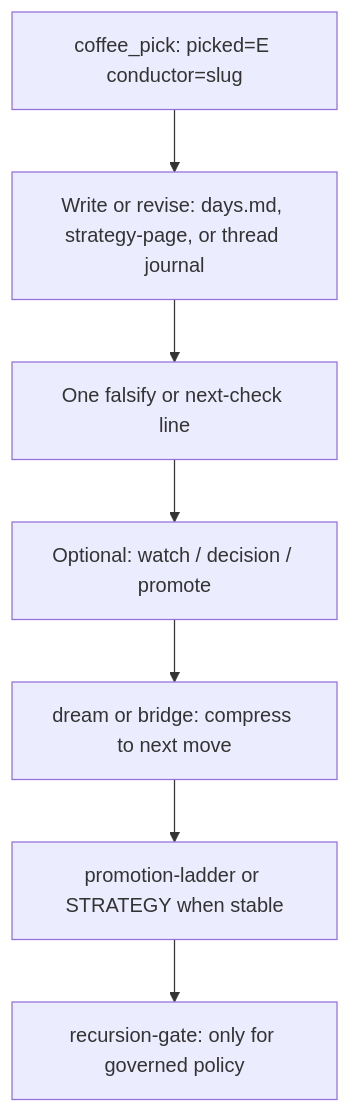
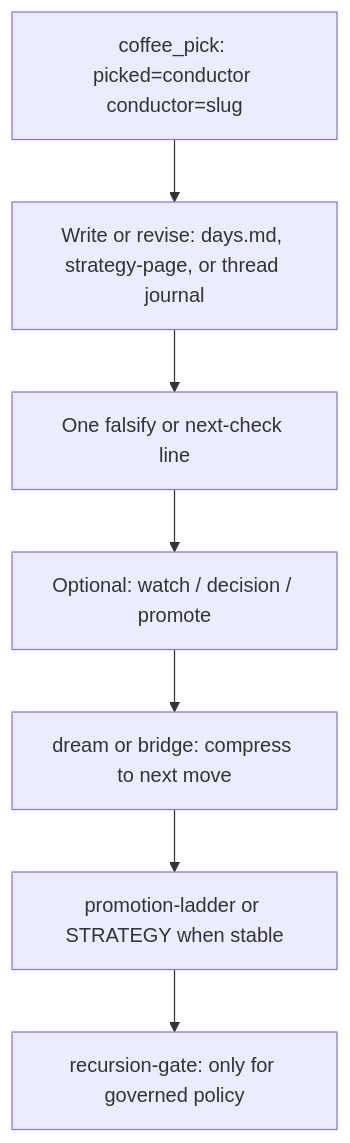
One commit to rbtkhn/strategy-codex changed the diagram in codex/CONDUCTOR-IMPROVEMENT-LOOP.md. Above: the diagram before and after it, drawn with Mermaid. The commit also changed other lines of this file and 5 other files, not shown here.

````diff
--- a/codex/CONDUCTOR-IMPROVEMENT-LOOP.md
+++ b/codex/CONDUCTOR-IMPROVEMENT-LOOP.md
@@ -37,16 +37,16 @@
 ```mermaid
 flowchart TD
-  pick["coffee_pick: picked=E conductor=slug"]
+  pick["coffee_pick: picked=conductor conductor=slug"]
   work["Write or revise: days.md, strategy-page, or thread journal"]
   test["One falsify or next-check line"]
   mark["Optional: watch / decision / promote"]
   compress["dream or bridge: compress to next move"]
   promote["promotion-ladder or STRATEGY when stable"]
   gate["recursion-gate: only for governed policy"]
   pick --> work
   work --> test
   test --> mark
   mark --> compress
   compress --> promote
   promote --> gate
 ```
````
